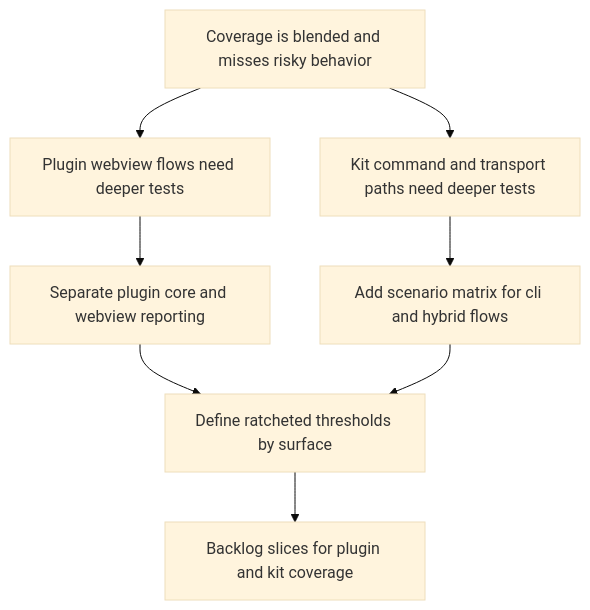
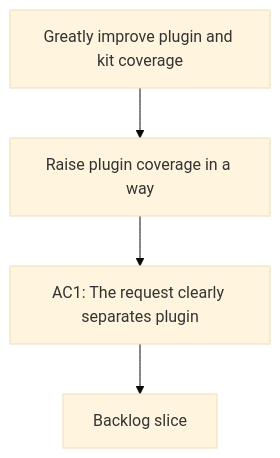
One commit to AlexAgo83/logics-manager changed the diagram in logics/request/req_129_greatly_improve_plugin_and_kit_coverage_with_behavior_focused_tests.md. Above: the diagram before and after it, drawn with Mermaid (base theme). The commit also changed 481 other files, not shown here.

````diff
--- a/logics/request/req_129_greatly_improve_plugin_and_kit_coverage_with_behavior_focused_tests.md
+++ b/logics/request/req_129_greatly_improve_plugin_and_kit_coverage_with_behavior_focused_tests.md
@@ -60,12 +60,8 @@
 ```mermaid
 %% logics-kind: request
 %% logics-signature: request|greatly-improve-plugin-and-kit-coverage-|raise-plugin-coverage-in-a-way|ac1-the-request-clearly-separates-plugin
 flowchart TD
-    Gap[Coverage is blended and misses risky behavior] --> Plugin[Plugin webview flows need deeper tests]
-    Gap --> Kit[Kit command and transport paths need deeper tests]
-    Plugin --> Split[Separate plugin core and webview reporting]
-    Kit --> Matrix[Add scenario matrix for cli and hybrid flows]
-    Split --> Ratchet[Define ratcheted thresholds by surface]
-    Matrix --> Ratchet
-    Ratchet --> Backlog[Backlog slices for plugin and kit coverage]
+    Trigger[Greatly improve plugin and kit coverage] --> Need[Raise plugin coverage in a way]
+    Need --> Outcome[AC1: The request clearly separates plugin]
+    Outcome --> Backlog[Backlog slice]
 ```
````
